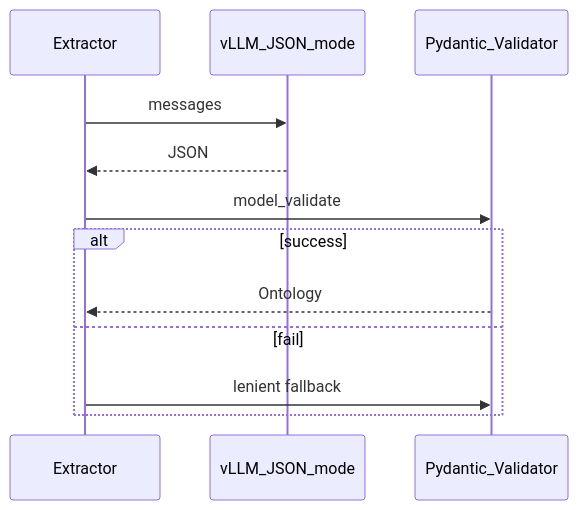
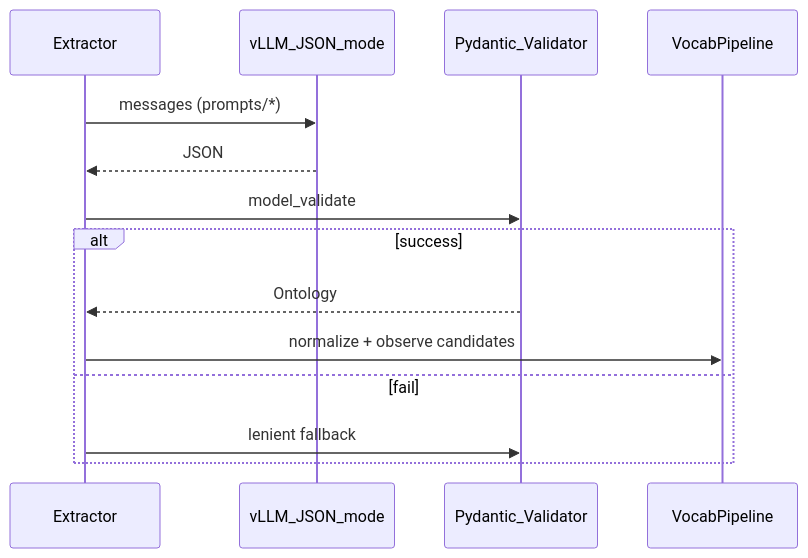
Before and after one commit to kakao4-KAKAMU/KAKAMU_DE: the diagram in docs/ontology.md, drawn with Mermaid. The commit also changed other lines of this file and 14 other files, not shown here.

````diff
--- a/docs/ontology.md
+++ b/docs/ontology.md
@@ -74,15 +96,17 @@
 ```mermaid
 sequenceDiagram
     participant App as Extractor
     participant V as vLLM_JSON_mode
     participant Py as Pydantic_Validator
+    participant VP as VocabPipeline
 
-    App->>V: messages
+    App->>V: messages (prompts/*)
     V-->>App: JSON
     App->>Py: model_validate
     alt success
         Py-->>App: Ontology
+        App->>VP: normalize + observe candidates
     else fail
         App->>Py: lenient fallback
     end
 ```
````
